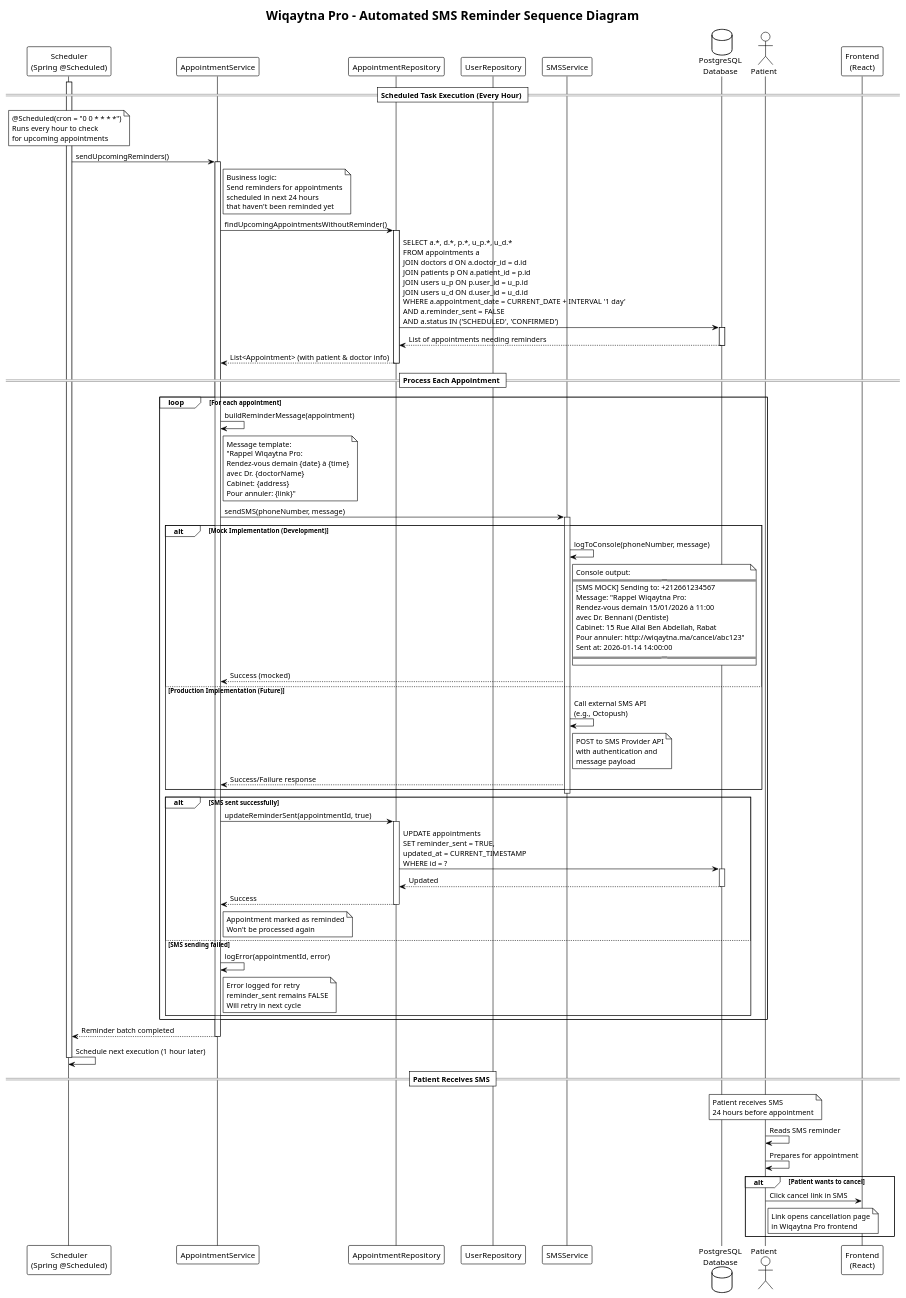
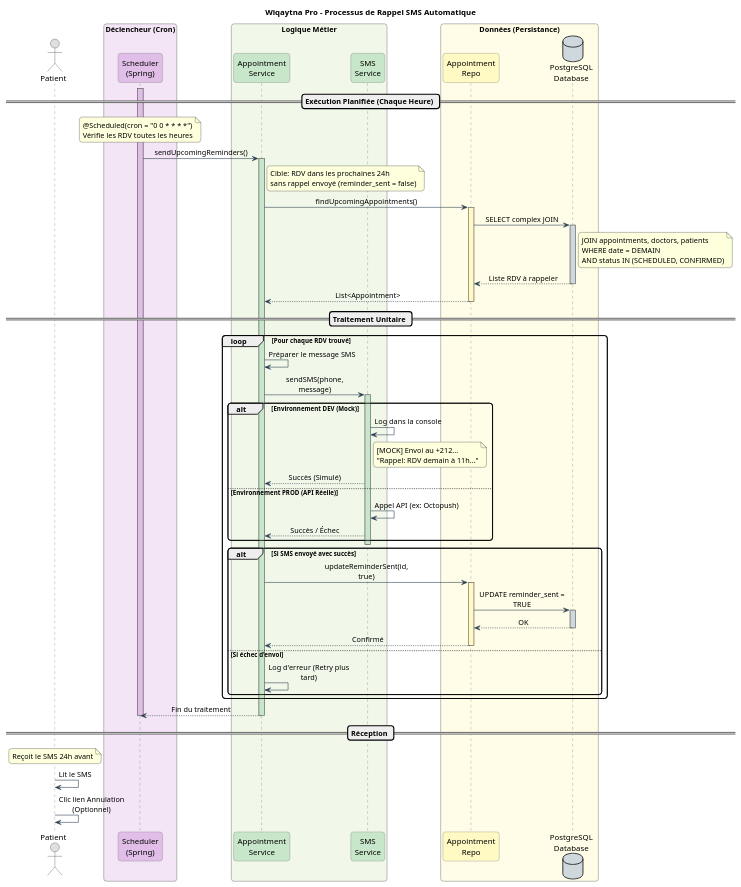
The diagram in uml/sequence-reminder.puml (MALTOisHERE/wiqaytna-pro), drawn with PlantUML before and after one commit. The commit also changed 87 other files, not shown here.

```diff
--- a/uml/sequence-reminder.puml
+++ b/uml/sequence-reminder.puml
@@ -1,140 +1,124 @@
-@startuml Wiqaytna_Pro_Sequence_Reminder
-!theme plain
-title Wiqaytna Pro - Automated SMS Reminder Sequence Diagram
+@startuml Wiqaytna_Pro_Sequence_Reminder_Colored
+' --- STYLE ET CONFIGURATION ---
+skinparam backgroundColor white
+skinparam handwritten false
+skinparam shadow true
+skinparam roundCorner 10
+skinparam sequenceMessageAlign center
+skinparam maxMessageSize 160
 
-participant "Scheduler\n(Spring @Scheduled)" as Scheduler
-participant "AppointmentService" as Service
-participant "AppointmentRepository" as AppointmentRepo
-participant "UserRepository" as UserRepo
-participant "SMSService" as SMSService
-database "PostgreSQL\nDatabase" as DB
-actor Patient
+' Couleurs
+skinparam sequence {
+    ArrowColor #2C3E50
+    LifeLineBorderColor #666666
+    LifeLineBackgroundColor white
+    ParticipantBorderColor #666666
+}
 
-== Scheduled Task Execution (Every Hour) ==
+title Wiqaytna Pro - Processus de Rappel SMS Automatique
 
+actor "Patient" as Patient #E0E0E0
+
+box "Déclencheur (Cron)" #F3E5F5
+    participant "Scheduler\n(Spring)" as Scheduler #E1BEE7
+end box
+
+box "Logique Métier" #F1F8E9
+    participant "Appointment\nService" as Service #C8E6C9
+    participant "SMS\nService" as SMSService #C8E6C9
+end box
+
+box "Données (Persistance)" #FFFDE7
+    participant "Appointment\nRepo" as AppointmentRepo #FFF9C4
+    database "PostgreSQL\nDatabase" as DB #CFD8DC
+end box
+
+' --- DÉBUT DU FLUX ---
+== Exécution Planifiée (Chaque Heure) ==
+
+activate Scheduler #E1BEE7
 note over Scheduler
   @Scheduled(cron = "0 0 * * * *")
-  Runs every hour to check
-  for upcoming appointments
+  Vérifie les RDV toutes les heures
 end note
 
-activate Scheduler
 Scheduler -> Service: sendUpcomingReminders()
-activate Service
+activate Service #C8E6C9
 
 note right of Service
-  Business logic:
-  Send reminders for appointments
-  scheduled in next 24 hours
-  that haven't been reminded yet
+  Cible: RDV dans les prochaines 24h
+  sans rappel envoyé (reminder_sent = false)
 end note
 
-Service -> AppointmentRepo: findUpcomingAppointmentsWithoutReminder()
-activate AppointmentRepo
+Service -> AppointmentRepo: findUpcomingAppointments()
+activate AppointmentRepo #FFF9C4
 
-AppointmentRepo -> DB: SELECT a.*, d.*, p.*, u_p.*, u_d.*\nFROM appointments a\nJOIN doctors d ON a.doctor_id = d.id\nJOIN patients p ON a.patient_id = p.id\nJOIN users u_p ON p.user_id = u_p.id\nJOIN users u_d ON d.user_id = u_d.id\nWHERE a.appointment_date = CURRENT_DATE + INTERVAL '1 day'\nAND a.reminder_sent = FALSE\nAND a.status IN ('SCHEDULED', 'CONFIRMED')
-activate DB
-
-DB --> AppointmentRepo: List of appointments needing reminders
+AppointmentRepo -> DB: SELECT complex JOIN
+activate DB #CFD8DC
+note right of DB
+  JOIN appointments, doctors, patients
+  WHERE date = DEMAIN
+  AND status IN (SCHEDULED, CONFIRMED)
+end note
+DB --> AppointmentRepo: Liste RDV à rappeler
 deactivate DB
 
-AppointmentRepo --> Service: List<Appointment> (with patient & doctor info)
+AppointmentRepo --> Service: List<Appointment>
 deactivate AppointmentRepo
 
-== Process Each Appointment ==
+== Traitement Unitaire ==
 
-loop For each appointment
+loop Pour chaque RDV trouvé
 
-  Service -> Service: buildReminderMessage(appointment)
+    Service -> Service: Préparer le message SMS
+    
+    Service -> SMSService: sendSMS(phone, message)
+    activate SMSService #C8E6C9
 
-  note right of Service
-    Message template:
-    "Rappel Wiqaytna Pro:
-    Rendez-vous demain {date} à {time}
-    avec Dr. {doctorName}
-    Cabinet: {address}
-    Pour annuler: {link}"
-  end note
+    alt Environnement DEV (Mock)
+        SMSService -> SMSService: Log dans la console
+        note right of SMSService
+          [MOCK] Envoi au +212...
+          "Rappel: RDV demain à 11h..."
+        end note
+        SMSService --> Service: Succès (Simulé)
+    
+    else Environnement PROD (API Réelle)
+        SMSService -> SMSService: Appel API (ex: Octopush)
+        SMSService --> Service: Succès / Échec
+    end
+    
+    deactivate SMSService
 
-  Service -> SMSService: sendSMS(phoneNumber, message)
-  activate SMSService
-
-  alt Mock Implementation (Development)
-    SMSService -> SMSService: logToConsole(phoneNumber, message)
-    note right of SMSService
-      Console output:
-      ================================
-      [SMS MOCK] Sending to: +212661234567
-      Message: "Rappel Wiqaytna Pro:
-      Rendez-vous demain 15/01/2026 à 11:00
-      avec Dr. Bennani (Dentiste)
-      Cabinet: 15 Rue Allal Ben Abdellah, Rabat
-      Pour annuler: http://wiqaytna.ma/cancel/abc123"
-      Sent at: 2026-01-14 14:00:00
-      ================================
-    end note
-    SMSService --> Service: Success (mocked)
-
-  else Production Implementation (Future)
-    SMSService -> SMSService: Call external SMS API\n(e.g., Octopush)
-    note right of SMSService
-      POST to SMS Provider API
-      with authentication and
-      message payload
-    end note
-    SMSService --> Service: Success/Failure response
-  end
-
-  deactivate SMSService
-
-  alt SMS sent successfully
-    Service -> AppointmentRepo: updateReminderSent(appointmentId, true)
-    activate AppointmentRepo
-    AppointmentRepo -> DB: UPDATE appointments\nSET reminder_sent = TRUE,\nupdated_at = CURRENT_TIMESTAMP\nWHERE id = ?
-    activate DB
-    DB --> AppointmentRepo: Updated
-    deactivate DB
-    AppointmentRepo --> Service: Success
-    deactivate AppointmentRepo
-
-    note right of Service
-      Appointment marked as reminded
-      Won't be processed again
-    end note
-
-  else SMS sending failed
-    Service -> Service: logError(appointmentId, error)
-    note right of Service
-      Error logged for retry
-      reminder_sent remains FALSE
-      Will retry in next cycle
-    end note
-  end
+    alt Si SMS envoyé avec succès
+        Service -> AppointmentRepo: updateReminderSent(id, true)
+        activate AppointmentRepo #FFF9C4
+        
+        AppointmentRepo -> DB: UPDATE reminder_sent = TRUE
+        activate DB #CFD8DC
+        DB --> AppointmentRepo: OK
+        deactivate DB
+        
+        AppointmentRepo --> Service: Confirmé
+        deactivate AppointmentRepo
+        
+    else Si échec d'envoi
+        Service -> Service: Log d'erreur (Retry plus tard)
+    end
 
 end
 
-Service --> Scheduler: Reminder batch completed
+Service --> Scheduler: Fin du traitement
 deactivate Service
-
-Scheduler -> Scheduler: Schedule next execution (1 hour later)
 deactivate Scheduler
 
-== Patient Receives SMS ==
+== Réception ==
 
 note over Patient
-  Patient receives SMS
-  24 hours before appointment
+  Reçoit le SMS 24h avant
 end note
 
-Patient -> Patient: Reads SMS reminder
-Patient -> Patient: Prepares for appointment
-
-alt Patient wants to cancel
-  Patient -> "Frontend\n(React)": Click cancel link in SMS
-  note right of Patient
-    Link opens cancellation page
-    in Wiqaytna Pro frontend
-  end note
-end
+Patient -> Patient: Lit le SMS
+Patient -> Patient: Clic lien Annulation (Optionnel)
 
 @enduml
```
